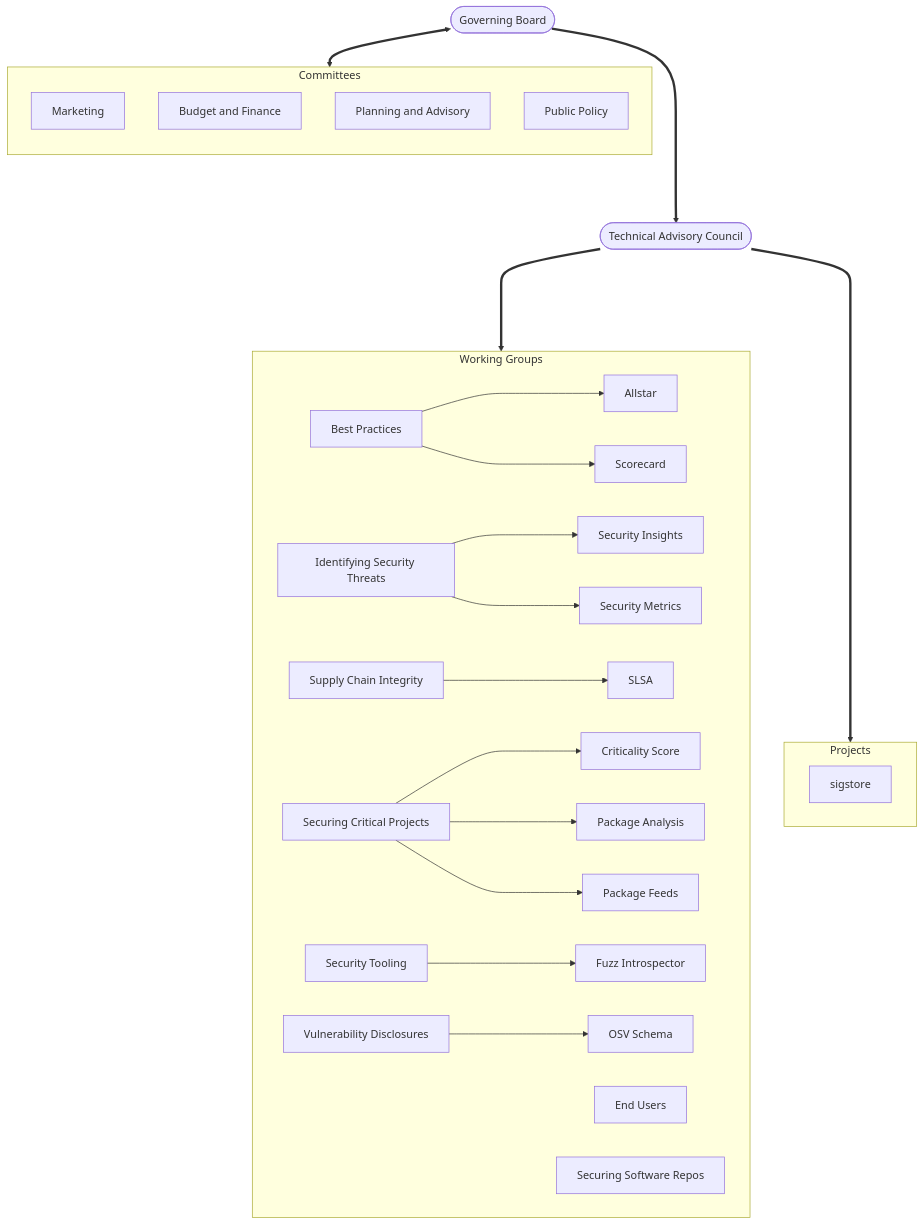
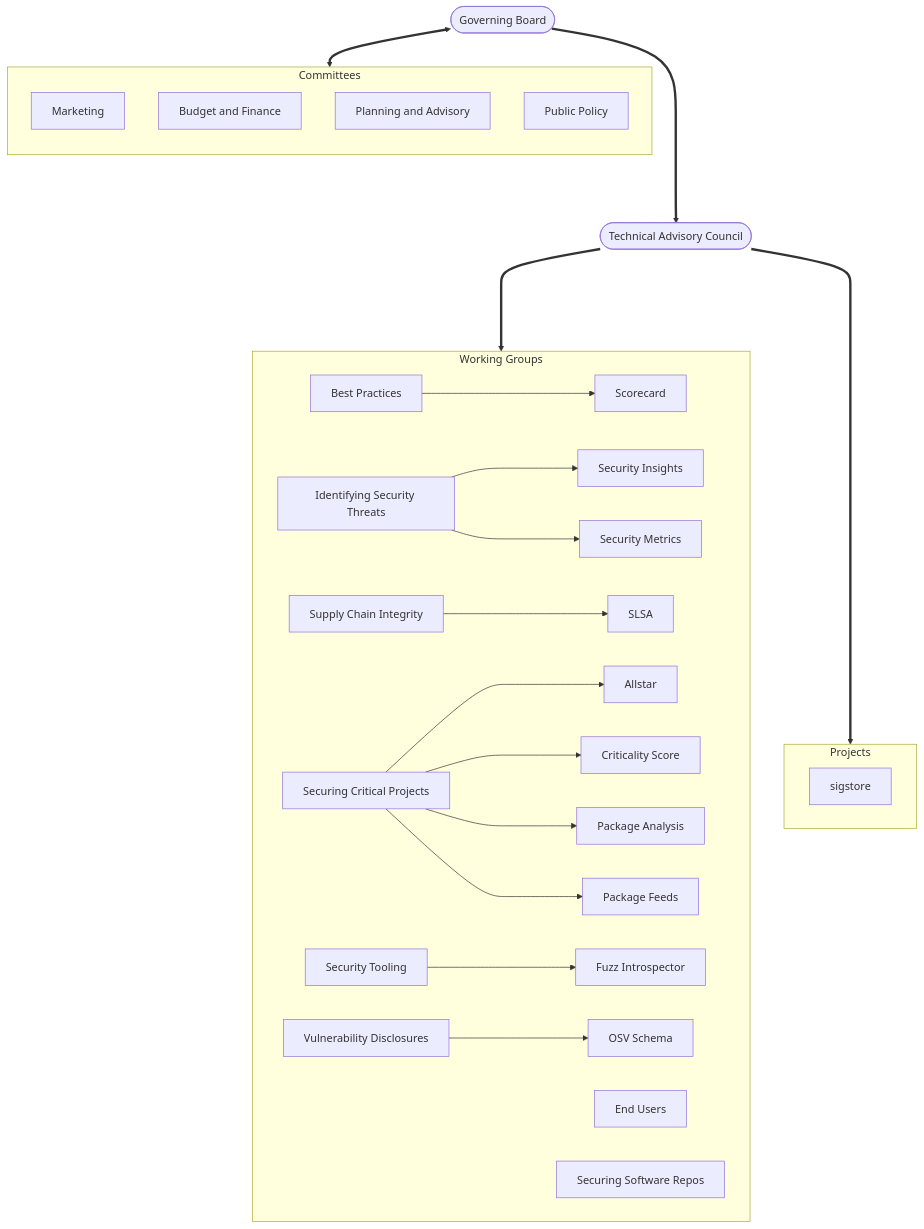
The diagram in organizational-structure-overview.md (ossf/tac), drawn with Mermaid before and after one commit.

Commit message:
Update organizational-structure-overview.md
Correct Allstar WG affiliation.

````diff
--- a/organizational-structure-overview.md
+++ b/organizational-structure-overview.md
@@ -51,42 +51,42 @@
 ```mermaid
 flowchart TB
     A([Governing Board])
 
     subgraph subC[Committees]
         direction TB
         Market[Marketing]
         Budget[Budget and Finance]
         Plan[Planning and Advisory]
         Policy[Public Policy]
     end
     A <==> subC
     A ====> B([Technical Advisory Council])
 
     subgraph subWG[Working Groups]
         BP[Best Practices]
         EU[End Users]
         IST[Identifying Security Threats]
         REP[Securing Software Repos]
         SCI[Supply Chain Integrity]
         SCP[Securing Critical Projects]
         ST[Security Tooling]
         VD[Vulnerability Disclosures]
 
-        BP ---> Allstar[Allstar]
         BP ---> Scorecard[Scorecard]
         IST ---> SecurityInsights[Security Insights]
         IST ---> SecurityMetrics[Security Metrics]
         SCI ---> SLSA[SLSA]
+        SCP ---> Allstar[Allstar]
         SCP ---> CriticalityScore[Criticality Score]
         SCP ---> PackageAnalysis[Package Analysis]
         SCP ---> PackageFeeds[Package Feeds]
         ST ---> FuzzIntrospector[Fuzz Introspector]
         VD ---> OSV[OSV Schema]
     end
     B ====> subWG
 
     subgraph projects[Projects]
        SS[sigstore]
     end
     B ====> projects
 ```
````
